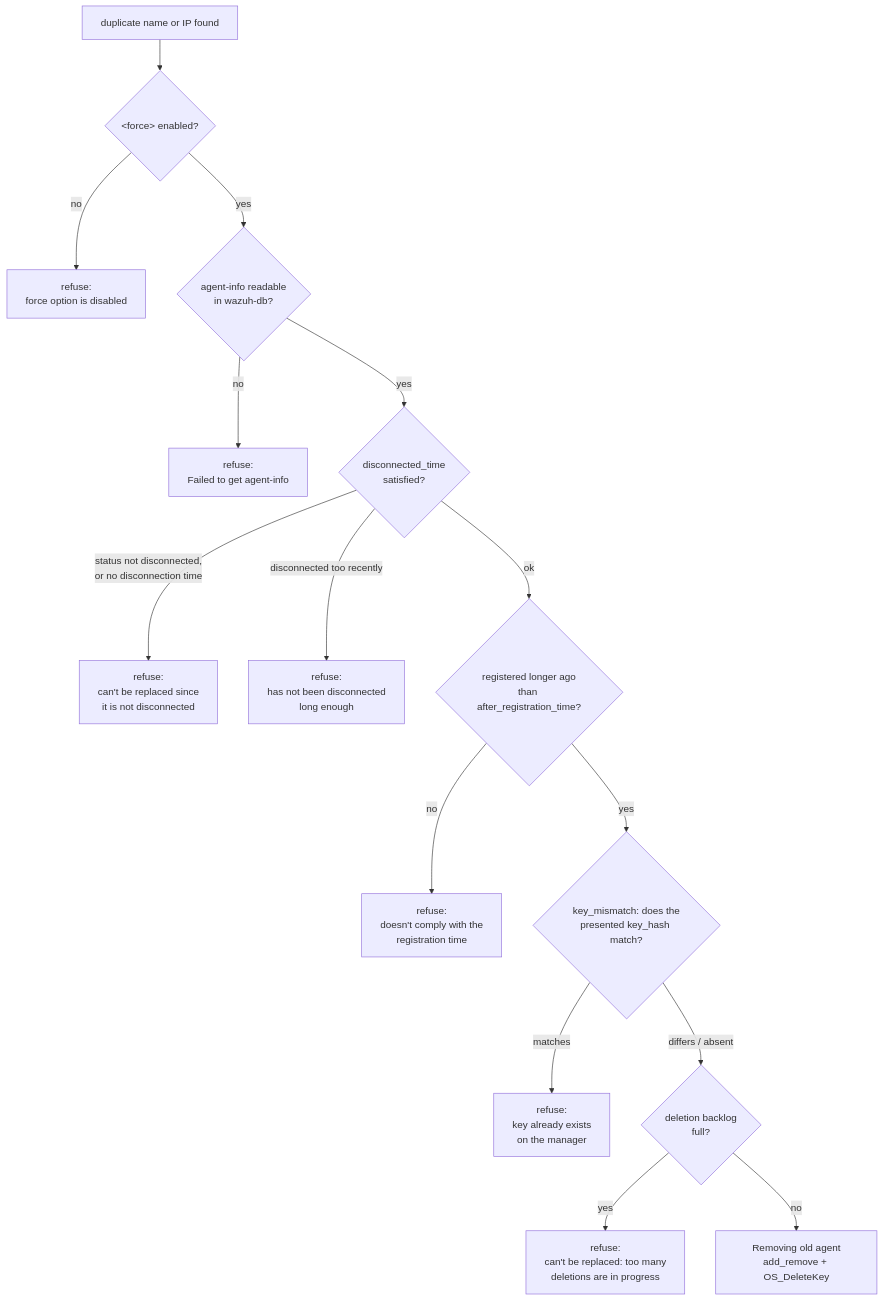
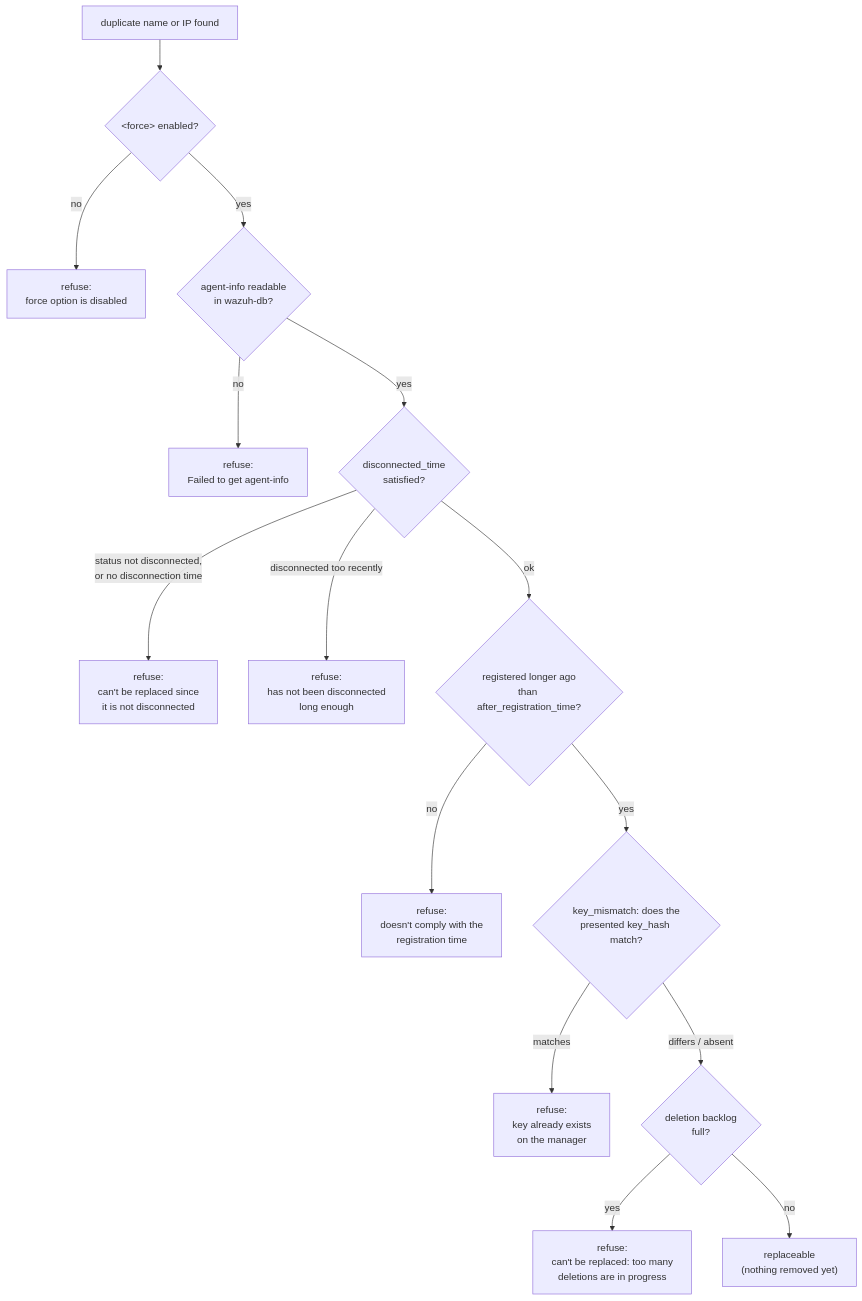
The fourth of 8 diagrams in docs/ref/modules/authd/architecture.md (wazuh/wazuh), drawn with Mermaid before and after one commit. The commit also changed other lines of this file and 7 other files, not shown here.

````diff
--- a/docs/ref/modules/authd/architecture.md
+++ b/docs/ref/modules/authd/architecture.md
@@ -262,17 +262,17 @@
 ```mermaid
 flowchart TB
     S["duplicate name or IP found"] --> G1{"&lt;force&gt; enabled?"}
     G1 -->|no| X1["refuse:<br/>force option is disabled"]
     G1 -->|yes| G2{"agent-info readable<br/>in wazuh-db?"}
     G2 -->|no| X2["refuse:<br/>Failed to get agent-info"]
     G2 -->|yes| G3{"disconnected_time<br/>satisfied?"}
     G3 -->|"status not disconnected,<br/>or no disconnection time"| X3["refuse:<br/>can't be replaced since<br/>it is not disconnected"]
     G3 -->|"disconnected too recently"| X4["refuse:<br/>has not been disconnected<br/>long enough"]
     G3 -->|ok| G4{"registered longer ago<br/>than after_registration_time?"}
     G4 -->|no| X5["refuse:<br/>doesn't comply with the<br/>registration time"]
     G4 -->|yes| G5{"key_mismatch: does the<br/>presented key_hash match?"}
     G5 -->|"matches"| X6["refuse:<br/>key already exists<br/>on the manager"]
     G5 -->|"differs / absent"| G6{"deletion backlog<br/>full?"}
     G6 -->|yes| X7["refuse:<br/>can't be replaced: too many<br/>deletions are in progress"]
-    G6 -->|no| OK["Removing old agent<br/>add_remove + OS_DeleteKey"]
+    G6 -->|no| OK["replaceable<br/>(nothing removed yet)"]
 ```
````
